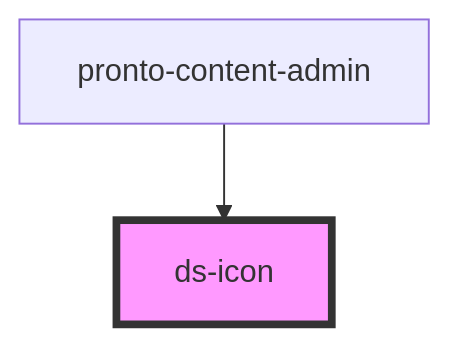
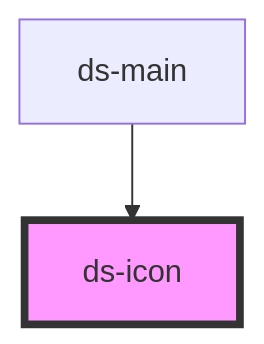
One commit to jezoock/dot-stash changed the diagram in components/core/icon/readme.md. Above: the diagram before and after it, drawn with Mermaid. The commit also changed other lines of this file and 33 other files, not shown here.

````diff
--- a/components/core/icon/readme.md
+++ b/components/core/icon/readme.md
@@ -22,5 +22,5 @@
 ```mermaid
 graph TD;
-  pronto-content-admin --> ds-icon
+  ds-main --> ds-icon
   style ds-icon fill:#f9f,stroke:#333,stroke-width:4px
 ```
````
